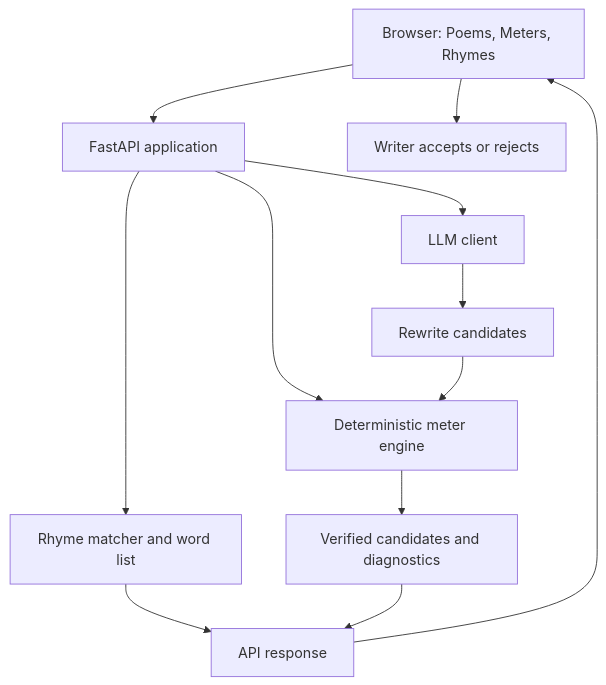
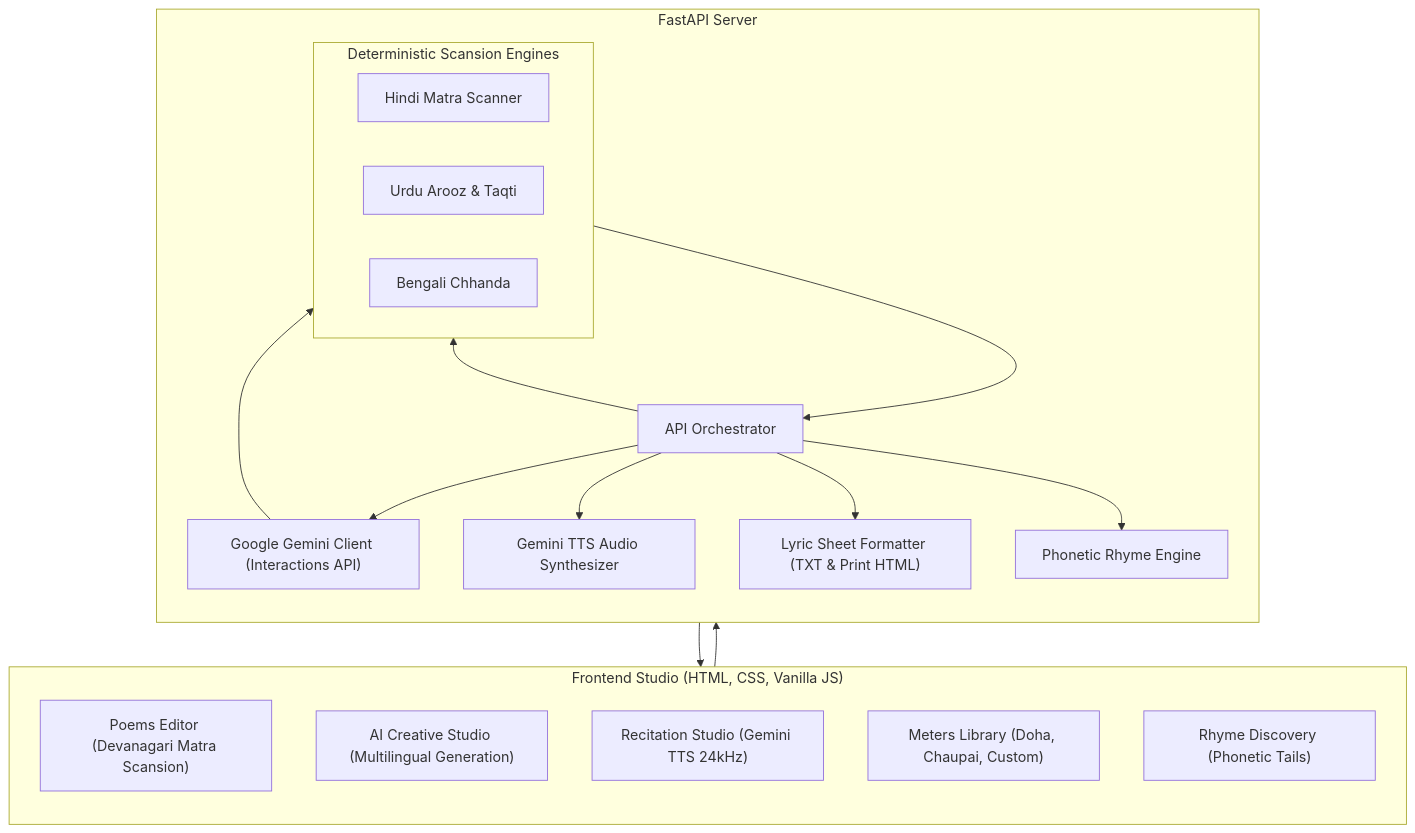
Before and after one commit to aiyaniqbal/chhand: the diagram in README.md, drawn with Mermaid. The commit also changed other lines of this file and 78 other files, not shown here.

First line of the commit message:
feat: expand Chhand into Multilingual AI Poetry Studio

````diff
--- a/README.md
+++ b/README.md
@@ -121,14 +53,38 @@
 ```mermaid
 flowchart TD
-    B["Browser: Poems, Meters, Rhymes"] --> API["FastAPI application"]
-    API --> M["Deterministic meter engine"]
-    API --> R["Rhyme matcher and word list"]
-    API --> L["LLM client"]
-    L --> G["Rewrite candidates"]
-    G --> M
-    M --> V["Verified candidates and diagnostics"]
-    R --> O["API response"]
-    V --> O
-    O --> B
-    B --> H["Writer accepts or rejects"]
+    subgraph Client ["Frontend Studio (HTML, CSS, Vanilla JS)"]
+        direction TB
+        P["Poems Editor (Devanagari Matra Scansion)"]
+        C["AI Creative Studio (Multilingual Generation)"]
+        R["Recitation Studio (Gemini TTS 24kHz)"]
+        M["Meters Library (Doha, Chaupai, Custom)"]
+        Y["Rhyme Discovery (Phonetic Tails)"]
+    end
+
+    subgraph Backend ["FastAPI Server"]
+        direction TB
+        API["API Orchestrator"]
+        
+        subgraph Engines ["Deterministic Scansion Engines"]
+            direction LR
+            HI["Hindi Matra Scanner"]
+            UR["Urdu Arooz & Taqti"]
+            BN["Bengali Chhanda"]
+        end
+
+        LLM["Google Gemini Client (Interactions API)"]
+        TTS["Gemini TTS Audio Synthesizer"]
+        EXP["Lyric Sheet Formatter (TXT & Print HTML)"]
+        RHY["Phonetic Rhyme Engine"]
+    end
+
+    Client --> API
+    API --> Engines
+    API --> LLM
+    API --> TTS
+    API --> EXP
+    API --> RHY
+    LLM --> Engines
+    Engines --> API
+    API --> Client
 ```
````
